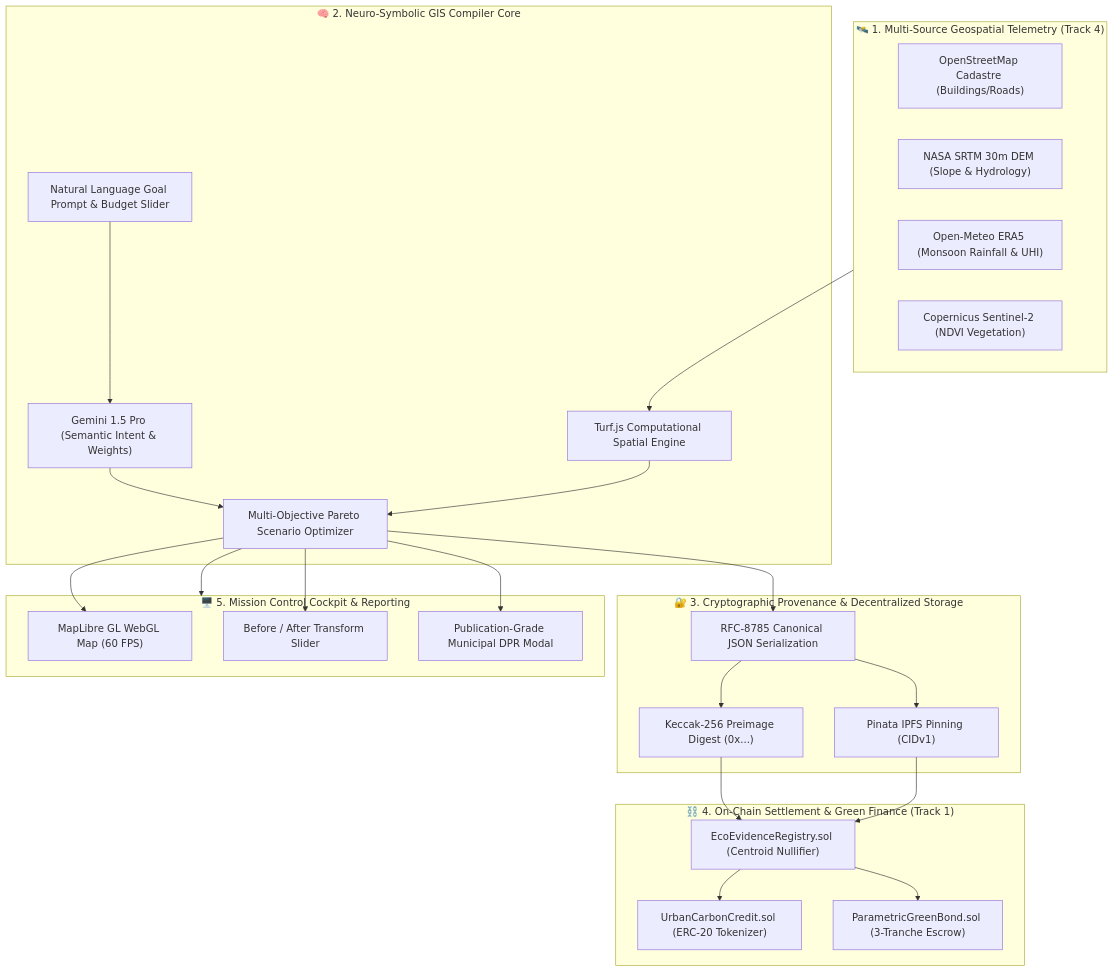
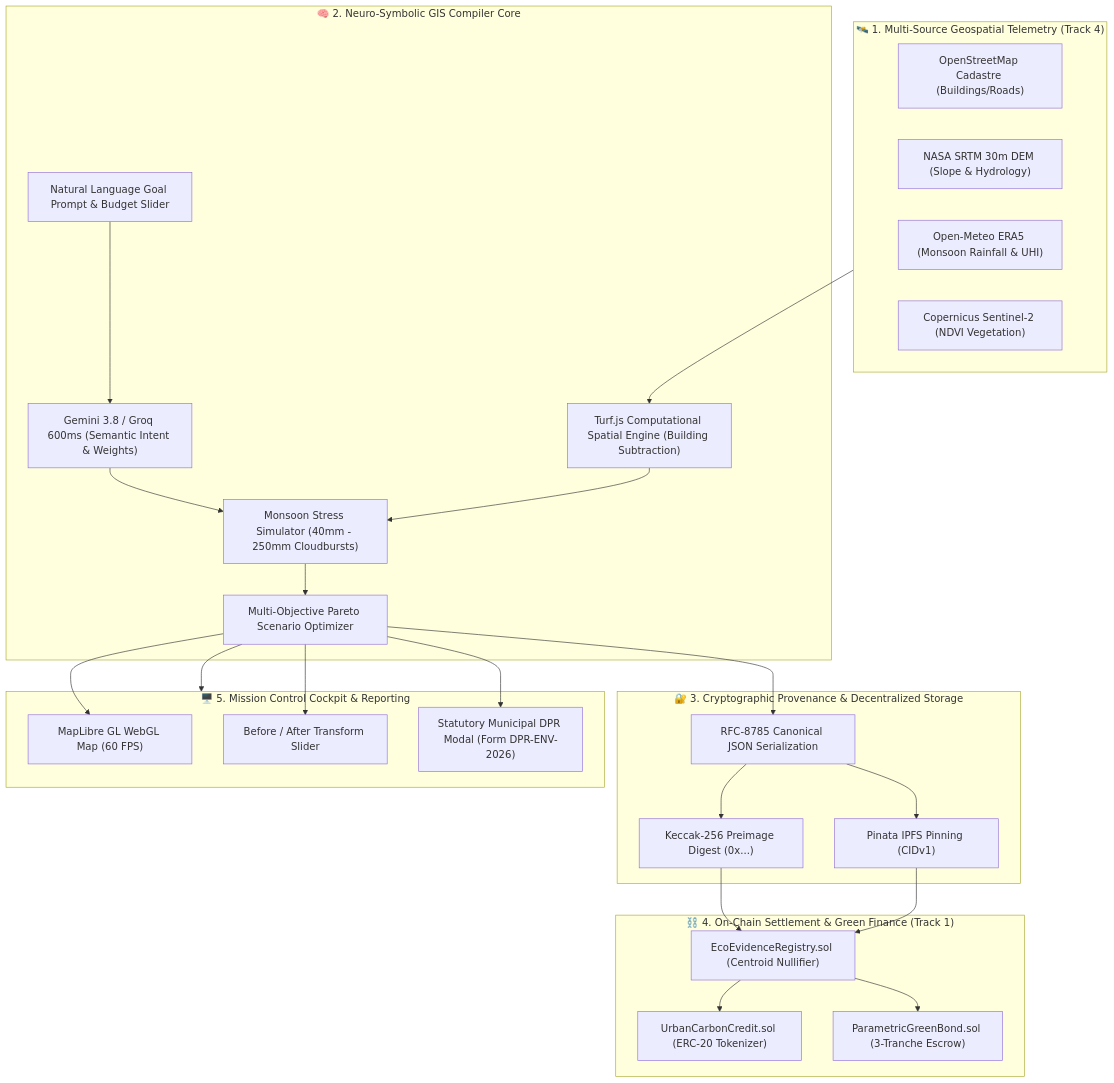
The diagram in IEEE_SUBMISSION_DOSSIER.md (hacker9854-ship-it/Eco-Planner), drawn with Mermaid before and after one commit. The commit also changed other lines of this file and 4 other files, not shown here.

````diff
--- a/IEEE_SUBMISSION_DOSSIER.md
+++ b/IEEE_SUBMISSION_DOSSIER.md
@@ -46,43 +67,44 @@
 ```mermaid
 flowchart TD
     subgraph INGESTION["🛰️ 1. Multi-Source Geospatial Telemetry (Track 4)"]
         OSM["OpenStreetMap Cadastre (Buildings/Roads)"]
         SRTM["NASA SRTM 30m DEM (Slope & Hydrology)"]
         OM["Open-Meteo ERA5 (Monsoon Rainfall & UHI)"]
         S2["Copernicus Sentinel-2 (NDVI Vegetation)"]
     end
 
     subgraph SOLVER["🧠 2. Neuro-Symbolic GIS Compiler Core"]
         NLP["Natural Language Goal Prompt & Budget Slider"]
-        GEMINI["Gemini 1.5 Pro (Semantic Intent & Weights)"]
-        TURF["Turf.js Computational Spatial Engine"]
+        GEMINI["Gemini 3.8 / Groq 600ms (Semantic Intent & Weights)"]
+        TURF["Turf.js Computational Spatial Engine (Building Subtraction)"]
+        SIM["Monsoon Stress Simulator (40mm - 250mm Cloudbursts)"]
         OPTI["Multi-Objective Pareto Scenario Optimizer"]
     end
 
     subgraph PROVENANCE["🔐 3. Cryptographic Provenance & Decentralized Storage"]
         CANON["RFC-8785 Canonical JSON Serialization"]
         KECCAK["Keccak-256 Preimage Digest (0x...)"]
         IPFS["Pinata IPFS Pinning (CIDv1)"]
     end
 
     subgraph WEB3["⛓️ 4. On-Chain Settlement & Green Finance (Track 1)"]
         REGISTRY["EcoEvidenceRegistry.sol (Centroid Nullifier)"]
         UCC["UrbanCarbonCredit.sol (ERC-20 Tokenizer)"]
         BOND["ParametricGreenBond.sol (3-Tranche Escrow)"]
     end
 
     subgraph UI["🖥️ 5. Mission Control Cockpit & Reporting"]
         MAP["MapLibre GL WebGL Map (60 FPS)"]
         SPLIT["Before / After Transform Slider"]
-        DPR["Publication-Grade Municipal DPR Modal"]
+        DPR["Statutory Municipal DPR Modal (Form DPR-ENV-2026)"]
     end
 
     INGESTION --> TURF
     NLP --> GEMINI
-    GEMINI & TURF --> OPTI
+    GEMINI & TURF --> SIM --> OPTI
     OPTI --> CANON & UI
     CANON --> KECCAK & IPFS
     KECCAK & IPFS --> REGISTRY
     REGISTRY --> UCC & BOND
     OPTI --> MAP & SPLIT & DPR
 ```
````
